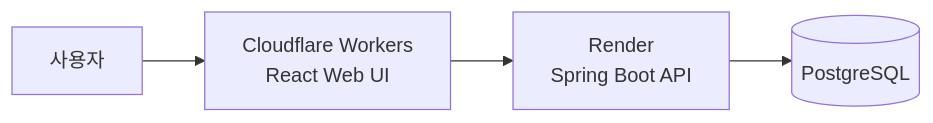
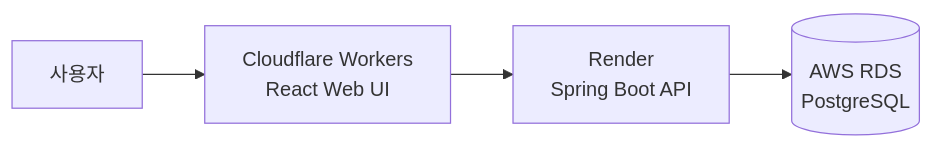
Before and after one commit to bitofsyn/EzPay: the first of 2 diagrams in README.md, drawn with Mermaid. The commit also changed other lines of this file, not shown here.

````diff
--- a/README.md
+++ b/README.md
@@ -37,6 +38,6 @@
 ```mermaid
 flowchart LR
     A[사용자] --> B[Cloudflare Workers<br/>React Web UI]
     B --> C[Render<br/>Spring Boot API]
-    C --> D[(PostgreSQL)]
+    C --> D[(AWS RDS<br/>PostgreSQL)]
 ```
````
